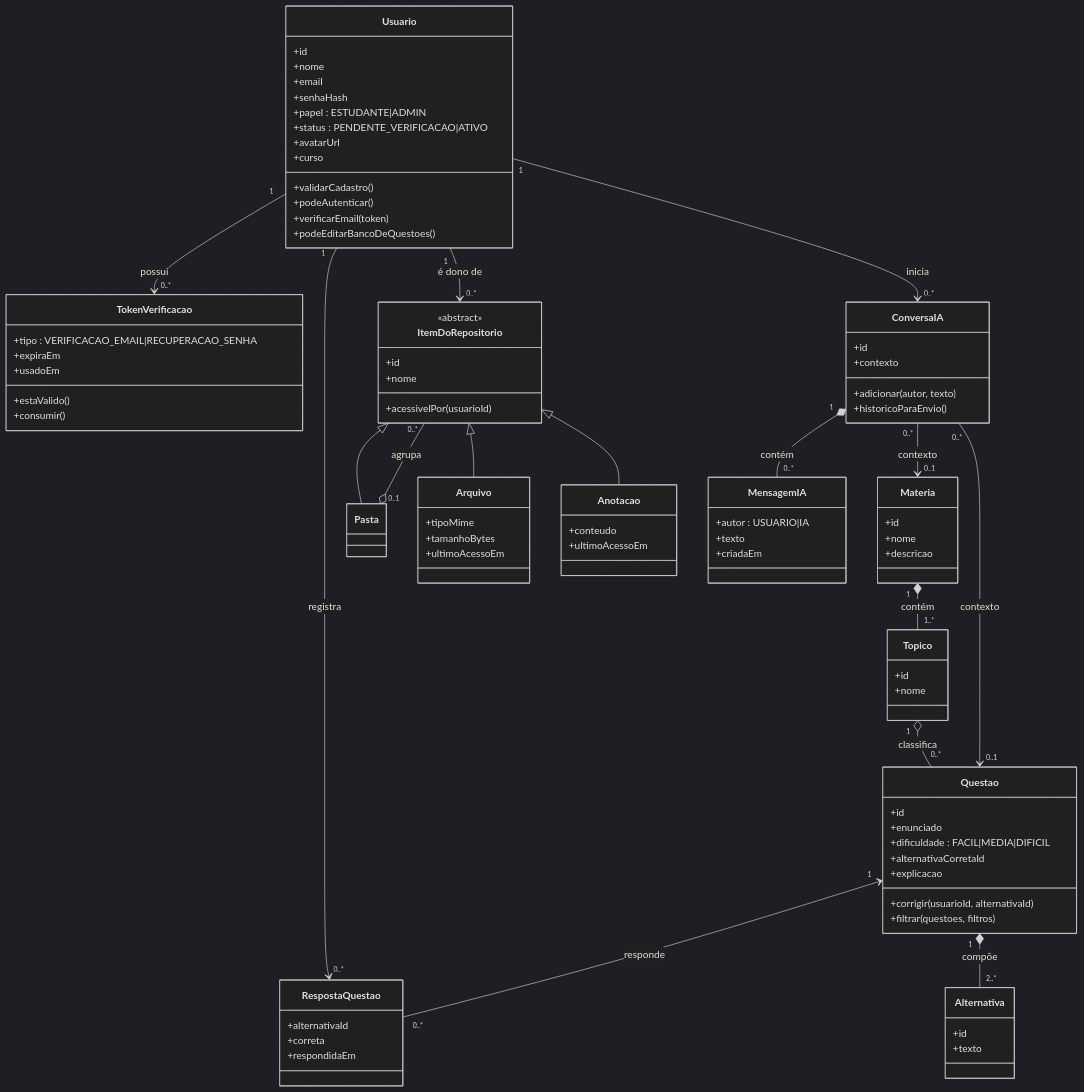
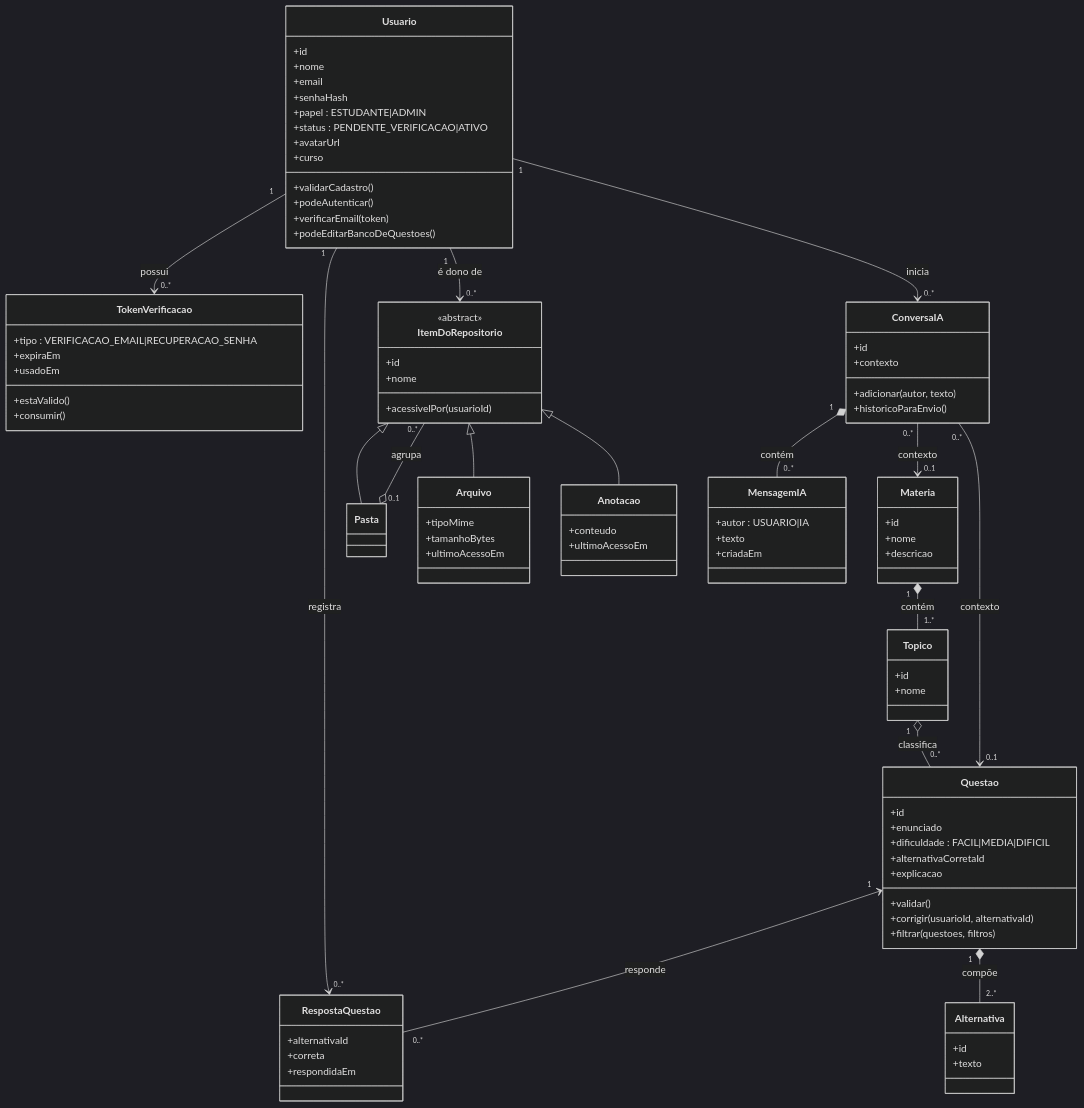
One commit to pstehling/tp-eng-software changed the second of 7 diagrams in docs/modelagem/modelagem.md. Above: the diagram before and after it, drawn with Mermaid (dark theme). The commit also changed other lines of this file and 39 other files, not shown here.

Commit message:
Sprint 3: modelos de domínio, testes, diagramas e ajustes no fluxo de autenticação

```diff
--- a/docs/modelagem/modelagem.md
+++ b/docs/modelagem/modelagem.md
@@ -125,6 +139,7 @@
         +dificuldade : FACIL|MEDIA|DIFICIL
         +alternativaCorretaId
         +explicacao
+        +validar()
         +corrigir(usuarioId, alternativaId)
         +filtrar(questoes, filtros)
     }
```
